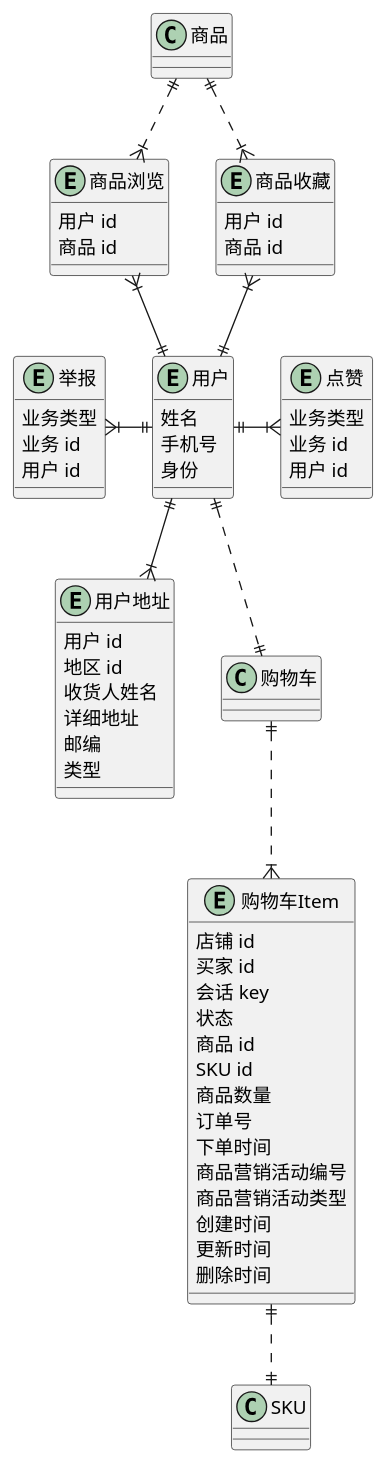
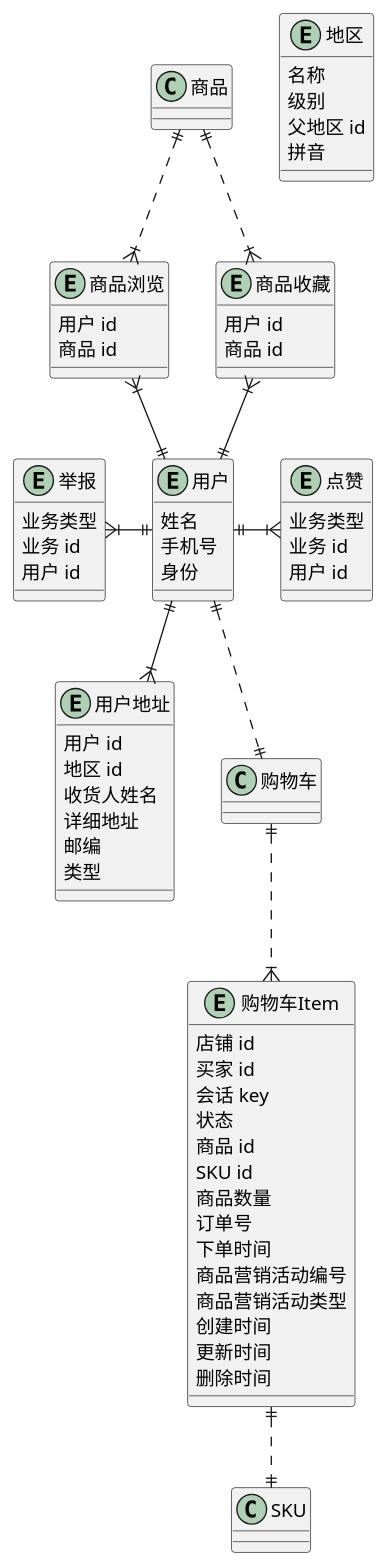
The diagram in 会员.wsd (awesomecat2020/mock-mall), drawn with PlantUML before and after one commit.

Commit message:
地区

```diff
--- a/会员.wsd
+++ b/会员.wsd
@@ -1,75 +1,92 @@
 @startuml 会员UML
 
 entity 用户 {
     姓名
     手机号
     ' 买家/卖家
     身份
 }
 entity 商品浏览 {
     ' 保存一个月（另定）
     用户 id
     商品 id
 }
 entity 商品收藏 {
     用户 id
     商品 id
 }
 entity 点赞 {
     ' biz_type 评价/回复
     业务类型
     ' biz_id
     业务 id
     用户 id
 }
 entity 举报 {
     ' biz_type
     业务类型
     ' biz_id
     业务 id
     用户 id
 }
 entity 用户地址 {
     用户 id
     地区 id
     收货人姓名
     详细地址
     邮编
     ' 买家地址/卖家地址
     类型
 }
 entity 购物车Item {
     店铺 id
     买家 id
     会话 key
     ' 1-正常
     ' 2-主动删除
     ' 3-下单删除
     状态
     商品 id
     SKU id
     商品数量
     ' 下单后填写，状态更改为下单删除
     订单号
     下单时间
     商品营销活动编号
     商品营销活动类型
     创建时间
     更新时间
     删除时间
 }
 
 商品 ||..|{ 商品浏览
 商品浏览 }|--|| 用户
 商品 ||..|{ 商品收藏
 商品收藏 }|--|| 用户
 
 点赞 }|-l-|| 用户
 举报 }|-|| 用户
 
 用户 ||--|{ 用户地址
 用户 ||..|| 购物车
 购物车 ||..|{ 购物车Item
 购物车Item ||..|| SKU
 
+
+' ==================== 地区 ====================
+' 世界各地区的地区编码以及中文名称：https://github.com/chency147/worldArea
+entity 地区 {
+    名称
+    ' 1-国家
+    ' 2-省份
+    ' 3-城市
+    ' 4-区县
+    ' 5-街道
+    级别
+    父地区 id
+    ' 可以使用 jpinyin 根据 name 生成
+    ' 用于对地名根据字幕排序的需求
+    拼音
+}
+
 @enduml
```
